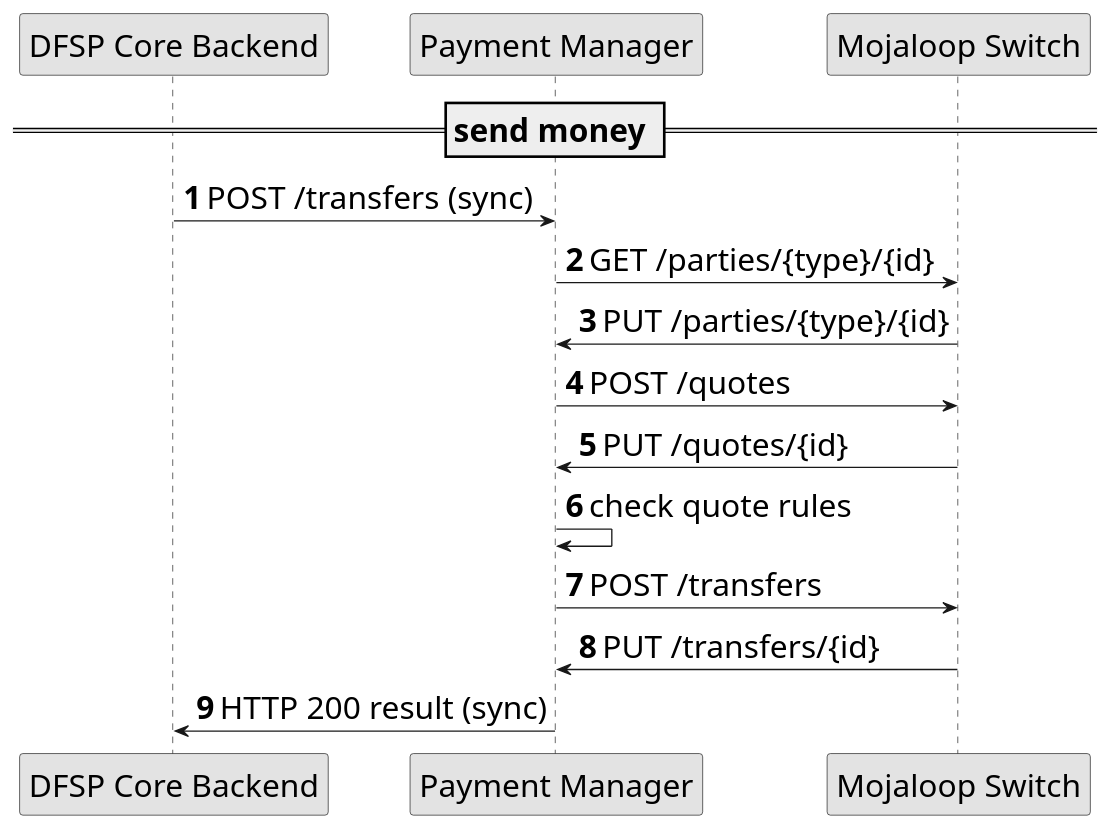
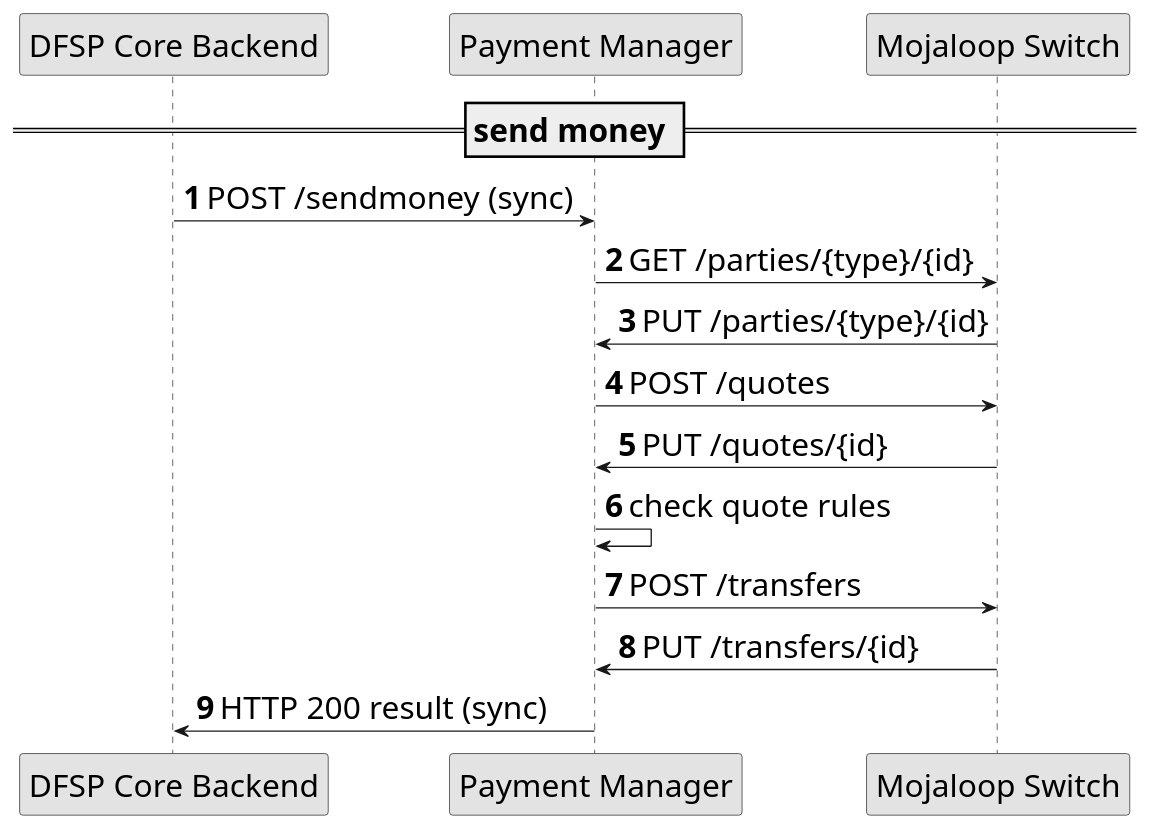
The diagram in modules/api_integration/images/PM4ML_transfer_flow_payer.plantuml (pm4ml/documents), drawn with PlantUML before and after one commit. The commit also changed 6 other files, not shown here.

```diff
--- a/modules/api_integration/images/PM4ML_transfer_flow_payer.plantuml
+++ b/modules/api_integration/images/PM4ML_transfer_flow_payer.plantuml
@@ -1,32 +1,32 @@
 @startuml
 
 autonumber
 skinparam activityFontSize 4
 skinparam activityDiamondFontSize 30
 skinparam activityArrowFontSize 24
 skinparam defaultFontSize 24
 skinparam noteFontSize 24
 skinparam monochrome true
 
 participant "DFSP Core Backend" as backend
 
 participant "Payment Manager" as sob
 
 participant "Mojaloop Switch" as sw
 
 
 == send money ==
 
-    backend -> sob: POST /transfers (sync)
+    backend -> sob: POST /sendmoney (sync)
     
     sob -> sw: GET /parties/{type}/{id}
     sw -> sob: PUT /parties/{type}/{id}
     sob -> sw: POST /quotes
     sw -> sob: PUT /quotes/{id}
     sob -> sob: check quote rules
     sob -> sw: POST /transfers
     sw -> sob: PUT /transfers/{id}
     
     sob -> backend: HTTP 200 result (sync)
 
 @enduml
```
